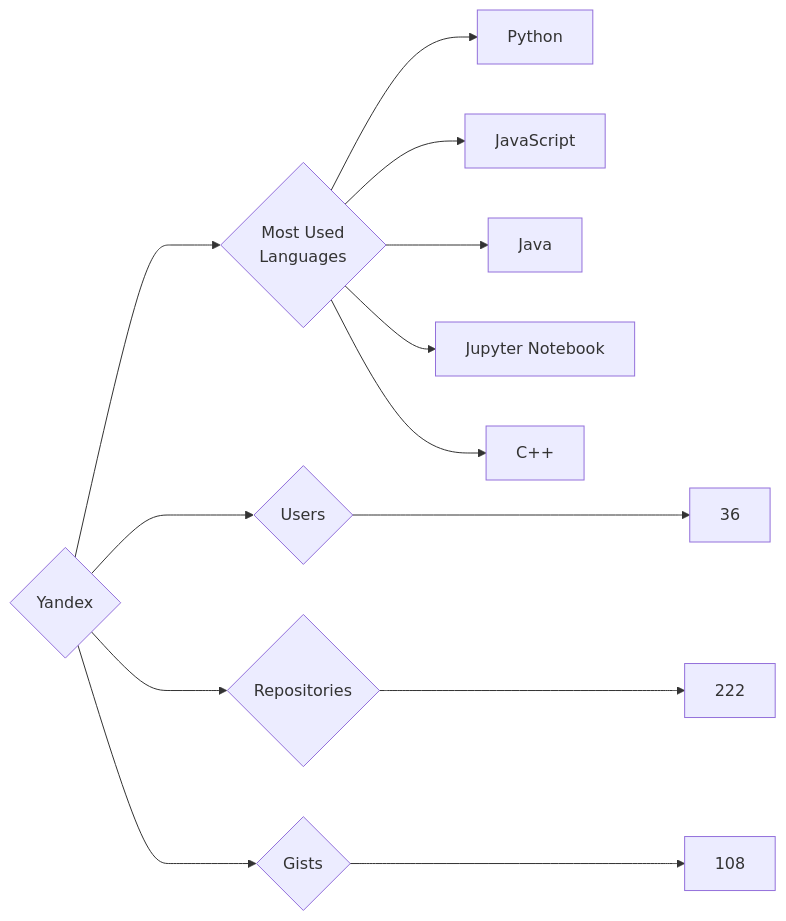
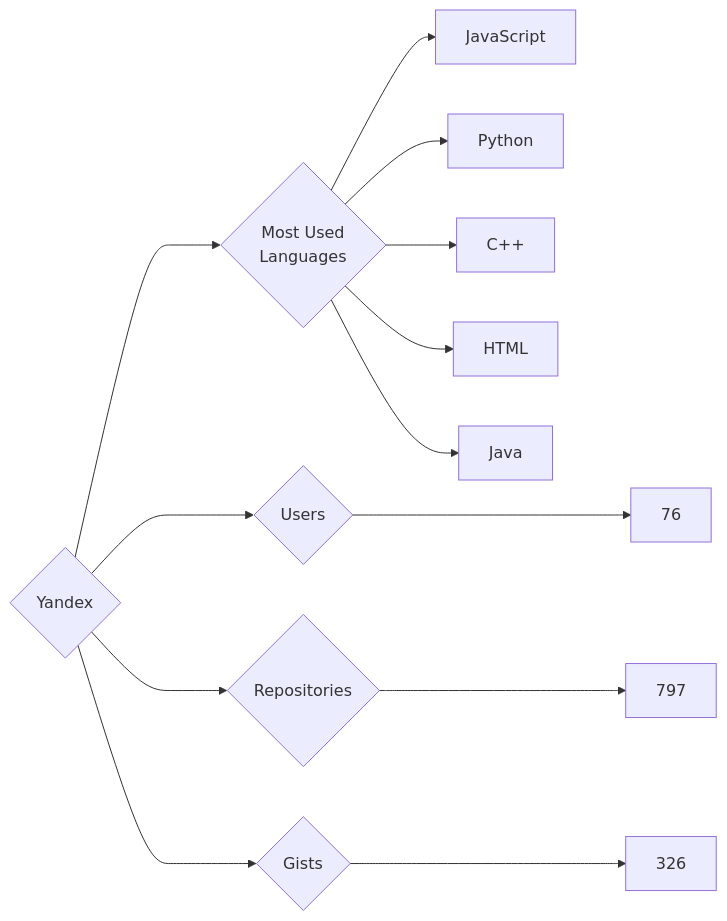
The diagram in targets/Yandex/README.md (trickest/insiders), drawn with Mermaid before and after one commit. The commit also changed 871 other files, not shown here.

````diff
--- a/targets/Yandex/README.md
+++ b/targets/Yandex/README.md
@@ -3,13 +3,13 @@
 ```mermaid
 graph LR
 COMPANY_NAME{Yandex}
-COMPANY_NAME ---> U{Users} ---> UN[36]
-COMPANY_NAME ---> R{Repositories} ---> RN[222]
-COMPANY_NAME ---> G{Gists} ---> GN[108]
+COMPANY_NAME ---> U{Users} ---> UN[76]
+COMPANY_NAME ---> R{Repositories} ---> RN[797]
+COMPANY_NAME ---> G{Gists} ---> GN[326]
 COMPANY_NAME ---> ML{Most Used<br>Languages}
+ML --> JavaScript[JavaScript]
 ML --> Python[Python]
-ML --> JavaScript[JavaScript]
+ML --> C++[C++]
+ML --> HTML[HTML]
 ML --> Java[Java]
-ML --> Jupyter_Notebook[Jupyter Notebook]
-ML --> C++[C++]
 ```
````
